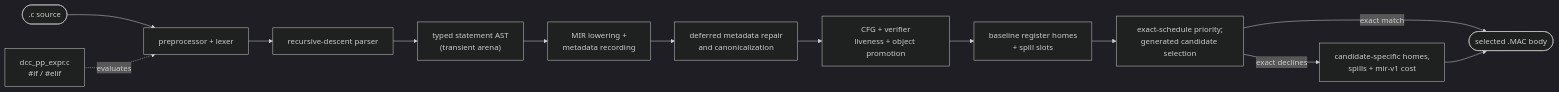
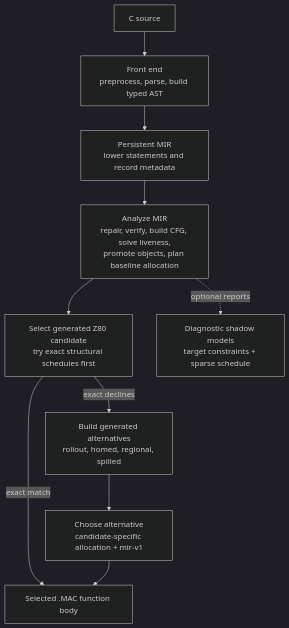
Before and after one commit to davidly/dcc: the second of 5 diagrams in docs/docs/en/appendix/00-architecture.md, drawn with Mermaid (dark theme). The commit also changed other lines of this file, not shown here.

Commit message:
Improve architecture diagram readability

````diff
--- a/docs/docs/en/appendix/00-architecture.md
+++ b/docs/docs/en/appendix/00-architecture.md
@@ -77,15 +76,14 @@
 ```mermaid
-flowchart LR
-    SRC([".c source"]) --> PP["preprocessor + lexer"]
-    PPX["dcc_pp_expr.c<br/>#if / #elif"] -. evaluates .-> PP
-    PP --> PARSE["recursive-descent parser"]
-    PARSE --> AST["typed statement AST<br/>(transient arena)"]
-    AST --> LOWER["MIR lowering +<br/>metadata recording"]
-    LOWER --> REPAIR["deferred metadata repair<br/>and canonicalization"]
-    REPAIR --> VERIFY["CFG + verifier<br/>liveness + object promotion"]
-    VERIFY --> ALLOC["baseline register homes<br/>+ spill slots"]
-    ALLOC --> SELECT["exact-schedule priority;<br/>generated candidate selection"]
-    SELECT -- exact match --> ASM
-    SELECT -- exact declines --> CALLOC["candidate-specific homes,<br/>spills + mir-v1 cost"]
-    CALLOC --> ASM(["selected .MAC body"])
+flowchart TB
+  SRC["C source"] --> FRONT["Front end<br/>preprocess, parse, build typed AST"]
+  FRONT --> MIR["Persistent MIR<br/>lower statements and record metadata"]
+  MIR --> ANALYZE["Analyze MIR<br/>repair, verify, build CFG, solve liveness,<br/>promote objects, plan baseline allocation"]
+  ANALYZE --> SELECT["Select generated Z80 candidate<br/>try exact structural schedules first"]
+
+  SELECT -- exact match --> ASM["Selected .MAC function body"]
+  SELECT -- exact declines --> GENERAL["Build generated alternatives<br/>rollout, homed, regional, spilled"]
+  GENERAL --> COST["Choose alternative<br/>candidate-specific allocation + mir-v1"]
+  COST --> ASM
+
+  ANALYZE -. optional reports .-> SHADOW["Diagnostic shadow models<br/>target constraints + sparse schedule"]
 ```
````
